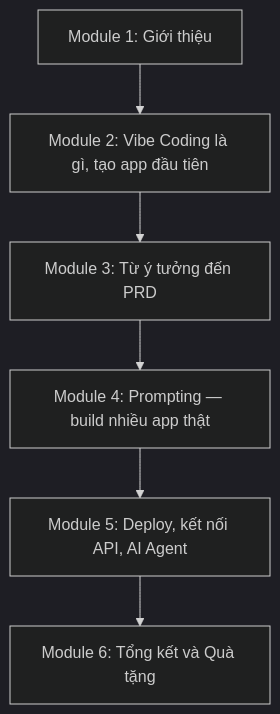
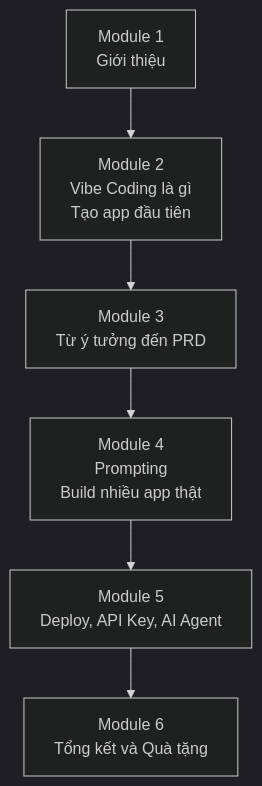
Before and after one commit to AlanKhan145/course-knowledge-base: the first of 2 diagrams in khoa-hoc-vibe-coding-co-ban/Module 06 - Tong Ket Va Qua Tang/19-tong-ket-khoa-hoc.md, drawn with Mermaid (dark theme). The commit also changed other lines of this file and 19 other files, not shown here.

Commit message:
Expand vibe coding co ban lesson notes and update README

````diff
--- a/khoa-hoc-vibe-coding-co-ban/Module 06 - Tong Ket Va Qua Tang/19-tong-ket-khoa-hoc.md
+++ b/khoa-hoc-vibe-coding-co-ban/Module 06 - Tong Ket Va Qua Tang/19-tong-ket-khoa-hoc.md
@@ -15,8 +17,8 @@
 ```mermaid
 flowchart TD
-    A["Module 1: Giới thiệu"] --> B["Module 2: Vibe Coding là gì, tạo app đầu tiên"]
-    B --> C["Module 3: Từ ý tưởng đến PRD"]
-    C --> D["Module 4: Prompting — build nhiều app thật"]
-    D --> E["Module 5: Deploy, kết nối API, AI Agent"]
-    E --> F["Module 6: Tổng kết và Quà tặng"]
+    A["Module 1<br/>Giới thiệu"] --> B["Module 2<br/>Vibe Coding là gì<br/>Tạo app đầu tiên"]
+    B --> C["Module 3<br/>Từ ý tưởng đến PRD"]
+    C --> D["Module 4<br/>Prompting<br/>Build nhiều app thật"]
+    D --> E["Module 5<br/>Deploy, API Key, AI Agent"]
+    E --> F["Module 6<br/>Tổng kết và Quà tặng"]
 ```
````
